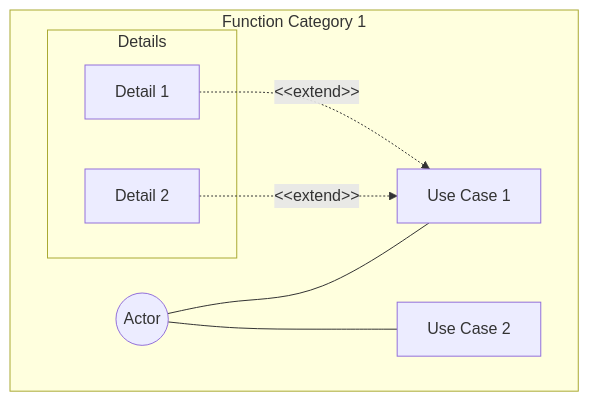
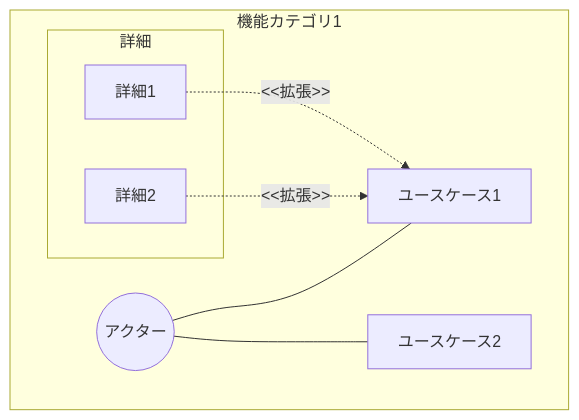
Before and after one commit to ToshikiImagawa/Buruma: the second of 4 diagrams in .sdd/PRD_TEMPLATE.md, drawn with Mermaid. The commit also changed other lines of this file and 3 other files, not shown here.

````diff
--- a/.sdd/PRD_TEMPLATE.md
+++ b/.sdd/PRD_TEMPLATE.md
@@ -102,18 +102,18 @@
 ```mermaid
 graph TB
-    subgraph "Function Category 1"
-        Actor((Actor))
-        UseCase1[Use Case 1]
-        UseCase2[Use Case 2]
+    subgraph "機能カテゴリ1"
+        Actor((アクター))
+        UseCase1[ユースケース1]
+        UseCase2[ユースケース2]
 
-        subgraph "Details"
-            Detail1[Detail 1]
-            Detail2[Detail 2]
+        subgraph "詳細"
+            Detail1[詳細1]
+            Detail2[詳細2]
         end
     end
 
     Actor --- UseCase1
     Actor --- UseCase2
-    Detail1 -.->|"&lt;&lt;extend&gt;&gt;"| UseCase1
-    Detail2 -.->|"&lt;&lt;extend&gt;&gt;"| UseCase1
+    Detail1 -.->|"&lt;&lt;拡張&gt;&gt;"| UseCase1
+    Detail2 -.->|"&lt;&lt;拡張&gt;&gt;"| UseCase1
 ```
````
